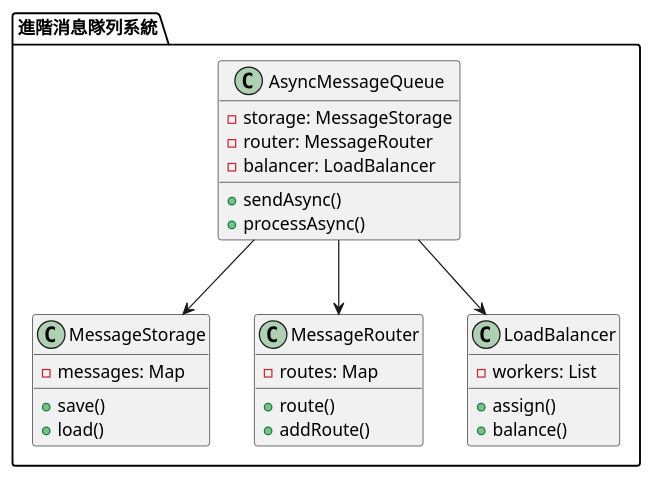
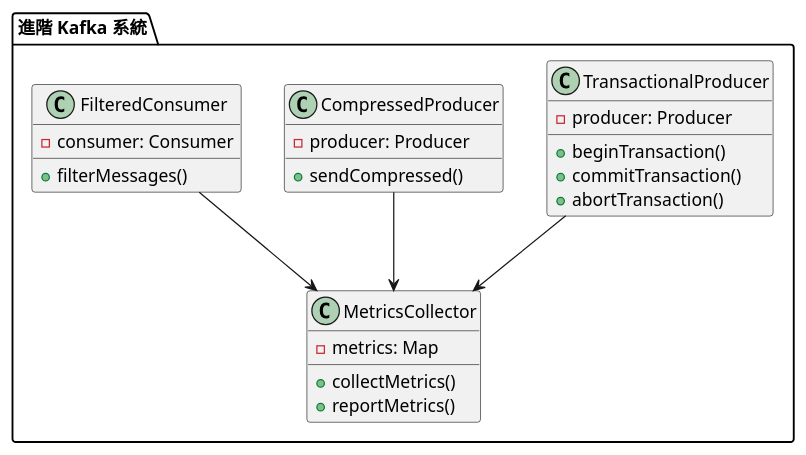
The third of 3 diagrams in doc/learning/architecture/message_queue_tutorial.md (fine5351/info-sync), drawn with PlantUML before and after one commit. The commit also changed other lines of this file and 9 other files, not shown here.

````diff
--- a/doc/learning/architecture/message_queue_tutorial.md
+++ b/doc/learning/architecture/message_queue_tutorial.md
@@ -197,35 +281,32 @@
 ```plantuml
 @startuml
-package "進階消息隊列系統" {
-    class AsyncMessageQueue {
-        - storage: MessageStorage
-        - router: MessageRouter
-        - balancer: LoadBalancer
-        + sendAsync()
-        + processAsync()
+package "進階 Kafka 系統" {
+    class TransactionalProducer {
+        - producer: Producer
+        + beginTransaction()
+        + commitTransaction()
+        + abortTransaction()
     }
     
-    class MessageStorage {
-        - messages: Map
-        + save()
-        + load()
+    class CompressedProducer {
+        - producer: Producer
+        + sendCompressed()
     }
     
-    class MessageRouter {
-        - routes: Map
-        + route()
-        + addRoute()
+    class FilteredConsumer {
+        - consumer: Consumer
+        + filterMessages()
     }
     
-    class LoadBalancer {
-        - workers: List
-        + assign()
-        + balance()
+    class MetricsCollector {
+        - metrics: Map
+        + collectMetrics()
+        + reportMetrics()
     }
 }
 
-AsyncMessageQueue --> MessageStorage
-AsyncMessageQueue --> MessageRouter
-AsyncMessageQueue --> LoadBalancer
+TransactionalProducer --> MetricsCollector
+CompressedProducer --> MetricsCollector
+FilteredConsumer --> MetricsCollector
 @enduml
 ```
````
